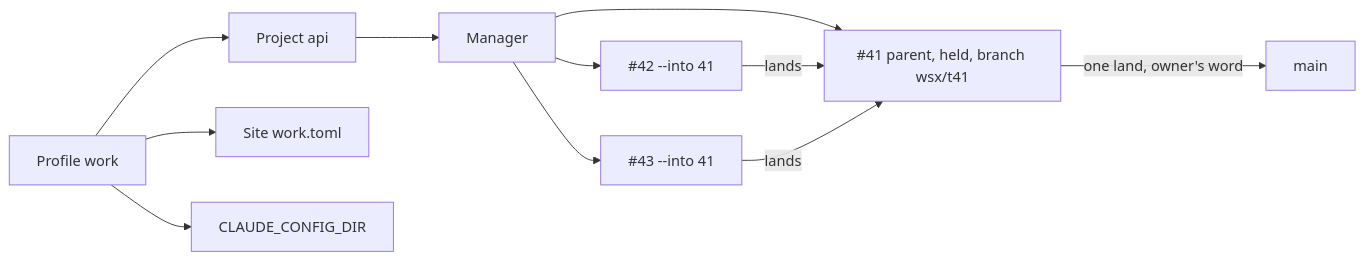
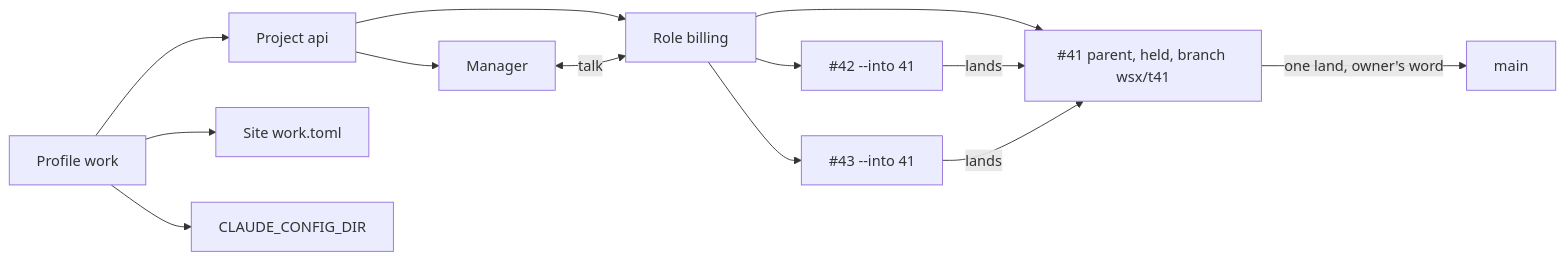
Before and after one commit to vlwkaos/wsx: the diagram in docs/design/profiles-and-parent-tasks.md, drawn with Mermaid. The commit also changed other lines of this file, not shown here.

Commit message:
docs(design): roles as the manager host with a name, compared with parent tasks and own projects

````diff
--- a/docs/design/profiles-and-parent-tasks.md
+++ b/docs/design/profiles-and-parent-tasks.md
@@ -50,13 +50,15 @@
 ```mermaid
 flowchart LR
   P[Profile work] --> PR[Project api]
   P --> S[Site work.toml]
   P --> A[CLAUDE_CONFIG_DIR]
   PR --> M[Manager]
-  M --> T1["#41 parent, held, branch wsx/t41"]
-  M --> C1["#42 --into 41"]
-  M --> C2["#43 --into 41"]
+  PR --> R[Role billing]
+  R --> T1["#41 parent, held, branch wsx/t41"]
+  R --> C1["#42 --into 41"]
+  R --> C2["#43 --into 41"]
+  M <-->|talk| R
   C1 -- lands --> T1
   C2 -- lands --> T1
   T1 -- "one land, owner's word" --> MAIN[main]
 ```
````
